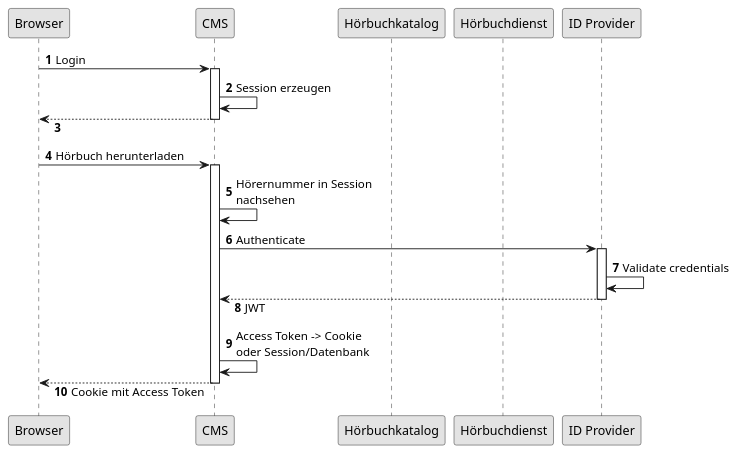
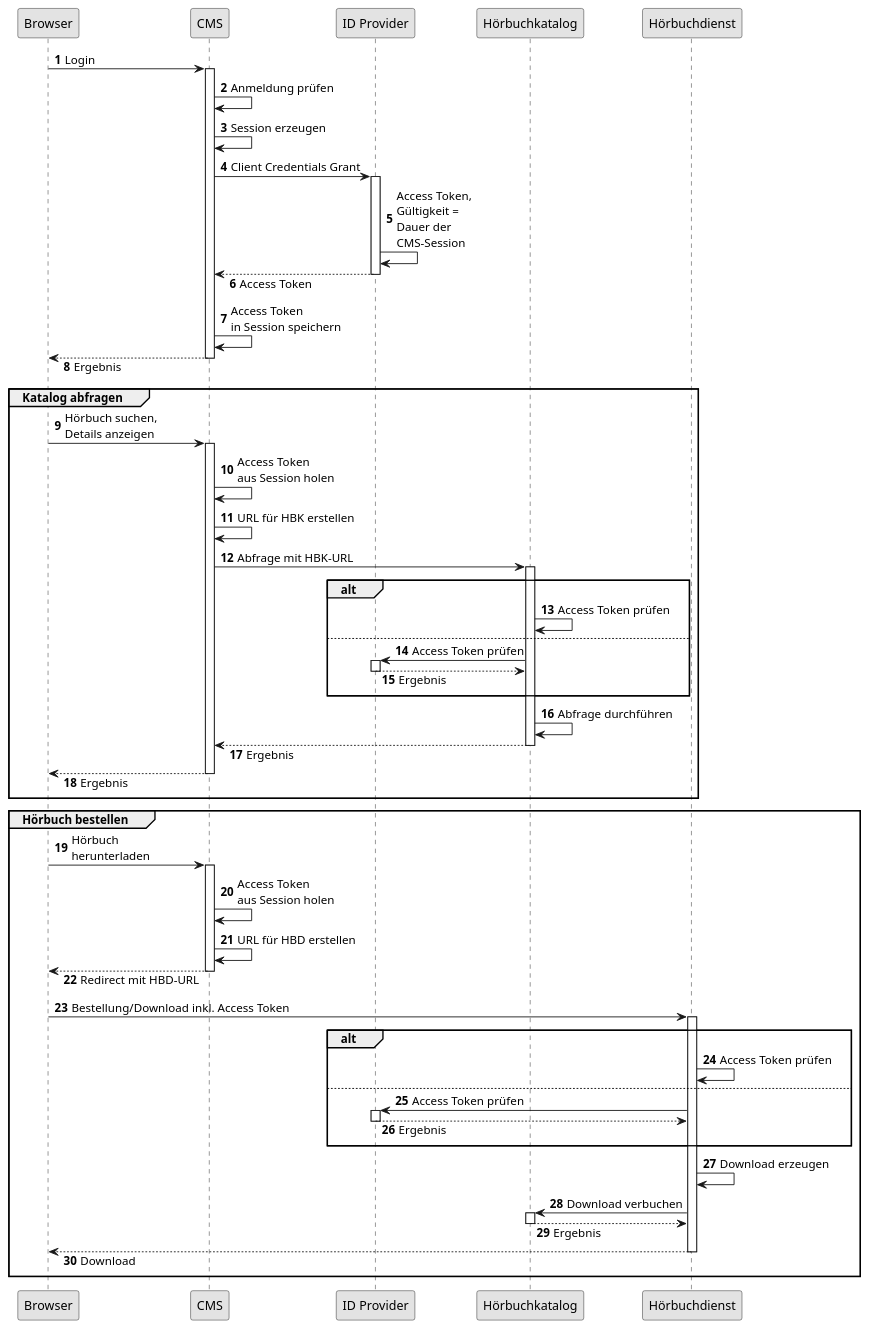
The diagram in documentation/src/docs/asciidoc/src/06_authentication.puml (rbe/bookworm2), drawn with PlantUML before and after one commit. The commit also changed 3 other files, not shown here.

```diff
--- a/documentation/src/docs/asciidoc/src/06_authentication.puml
+++ b/documentation/src/docs/asciidoc/src/06_authentication.puml
@@ -1,26 +1,57 @@
 @startuml
-'https://plantuml.com/sequence-diagram
 
 skinparam monochrome true
 skinparam ResponseMessageBelowArrow true
 
 autonumber
 
 participant Browser
-participant CMS as CMS
+participant "CMS" as CMS
+participant "ID Provider" as IDP
 participant "Hörbuchkatalog" as HBK
 participant "Hörbuchdienst" as HBD
-participant "ID Provider" as IDP
 
 Browser -> CMS++ : Login
+CMS -> CMS : Anmeldung prüfen
 CMS -> CMS : Session erzeugen
-Browser <-- CMS--
-Browser -> CMS++ : Hörbuch herunterladen
-CMS -> CMS : Hörernummer in Session\nnachsehen
-CMS -> IDP++ : Authenticate
-IDP -> IDP : Validate credentials
-CMS <-- IDP-- : JWT
-CMS -> CMS : Access Token -> Cookie\noder Session/Datenbank
-Browser <-- CMS-- : Cookie mit Access Token
+CMS -> IDP++ : Client Credentials Grant
+IDP -> IDP : Access Token,\nGültigkeit =\nDauer der\nCMS-Session
+CMS <-- IDP-- : Access Token
+CMS -> CMS : Access Token\nin Session speichern
+Browser <-- CMS-- : Ergebnis
+
+group Katalog abfragen
+Browser -> CMS++ : Hörbuch suchen,\nDetails anzeigen
+CMS -> CMS : Access Token\naus Session holen
+CMS -> CMS : URL für HBK erstellen
+CMS -> HBK++ : Abfrage mit HBK-URL
+alt
+HBK -> HBK : Access Token prüfen
+else
+HBK -> IDP++ : Access Token prüfen
+HBK <-- IDP-- : Ergebnis
+end alt
+HBK -> HBK : Abfrage durchführen
+CMS <-- HBK-- : Ergebnis
+Browser <-- CMS-- : Ergebnis
+end group
+
+group Hörbuch bestellen
+Browser -> CMS++ : Hörbuch\nherunterladen
+CMS -> CMS : Access Token\naus Session holen
+CMS -> CMS : URL für HBD erstellen
+Browser <-- CMS-- : Redirect mit HBD-URL
+Browser -> HBD++ : Bestellung/Download inkl. Access Token
+alt
+HBD -> HBD : Access Token prüfen
+else
+HBD -> IDP++ : Access Token prüfen
+HBD <-- IDP-- : Ergebnis
+end alt
+HBD -> HBD : Download erzeugen
+HBD -> HBK++ : Download verbuchen
+HBD <-- HBK-- : Ergebnis
+Browser <-- HBD-- : Download
+end group
 
 @enduml
```
